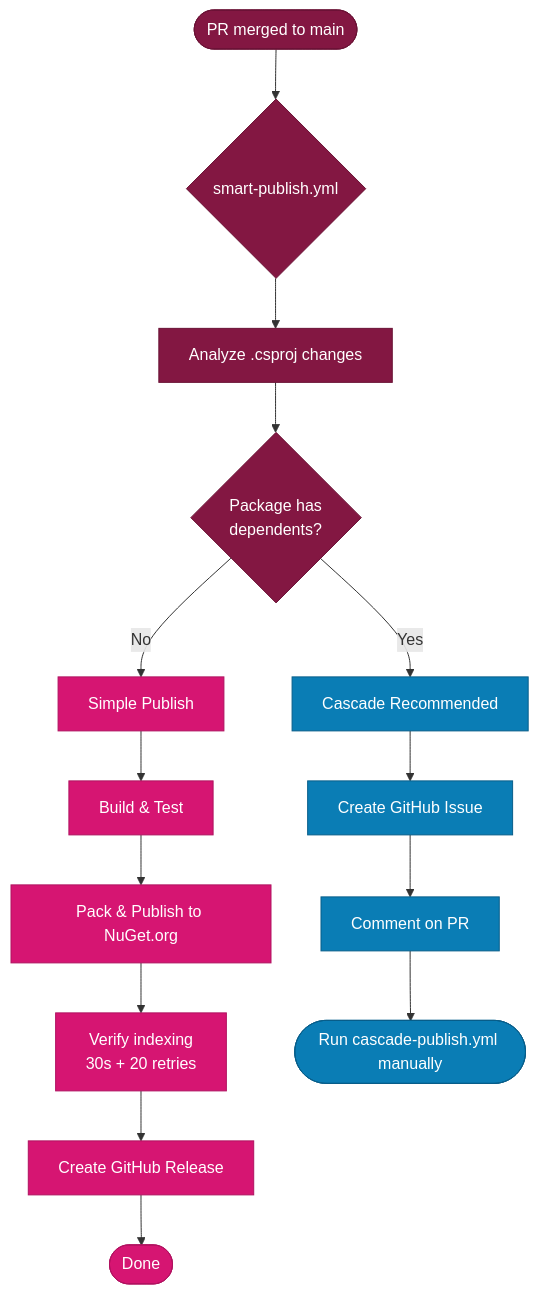
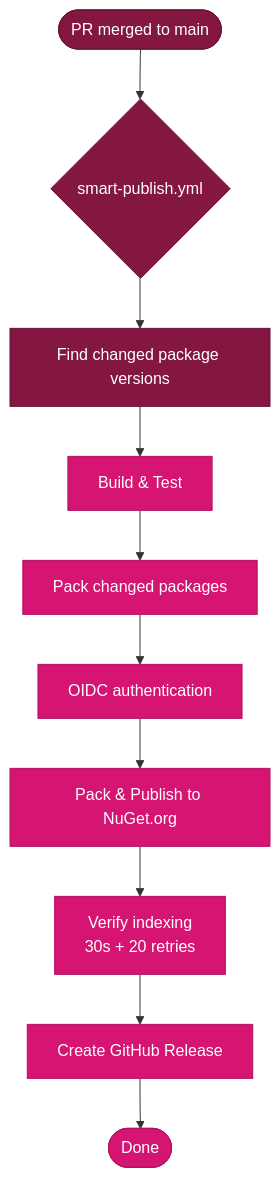
Before and after one commit to acontplus/acontplus-dotnet-libs: the diagram in docs/wiki/Smart-Publish-Guide.md, drawn with Mermaid. The commit also changed other lines of this file and 41 other files, not shown here.

````diff
--- a/docs/wiki/Smart-Publish-Guide.md
+++ b/docs/wiki/Smart-Publish-Guide.md
@@ -45,26 +48,19 @@
 ```mermaid
 flowchart TD
   A([PR merged to main]) --> B{smart-publish.yml}
-  B --> C[Analyze .csproj changes]
-  C --> D{Package has<br/>dependents?}
-
-  D -->|No| E[Simple Publish]
-  E --> F[Build & Test]
+  B --> C[Find changed package versions]
+  C --> D[Build & Test]
+  D --> E[Pack changed packages]
+  E --> F[OIDC authentication]
   F --> G[Pack & Publish to NuGet.org]
   G --> H[Verify indexing<br/>30s + 20 retries]
   H --> I[Create GitHub Release]
   I --> J([Done])
 
-  D -->|Yes| K[Cascade Recommended]
-  K --> L[Create GitHub Issue]
-  L --> M[Comment on PR]
-  M --> N([Run cascade-publish.yml manually])
-
   classDef green fill:#d61572,color:#fff,stroke:#b01260
   classDef orange fill:#0a7db5,color:#fff,stroke:#085e8a
   classDef blue fill:#831742,color:#fff,stroke:#6a1235
 
-  class E,F,G,H,I,J green
-  class K,L,M,N orange
-  class A,B,C,D blue
+  class D,E,F,G,H,I,J green
+  class A,B,C blue
 ```
````
